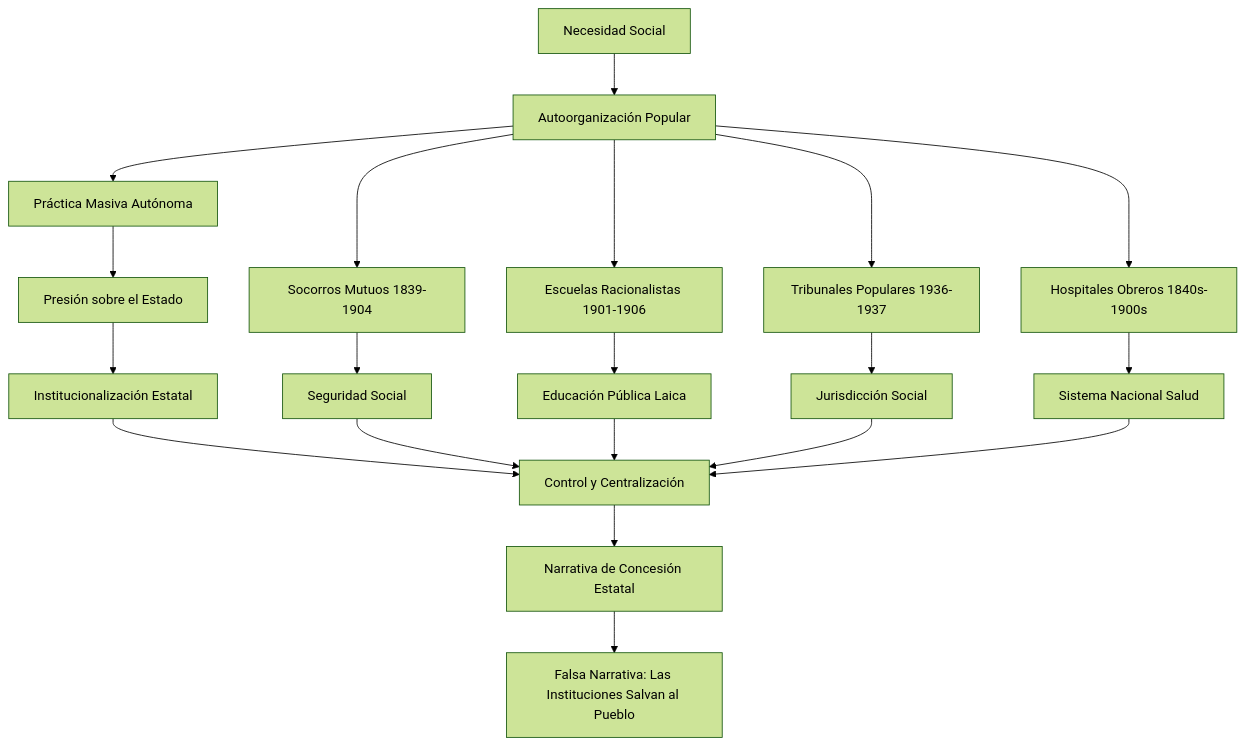
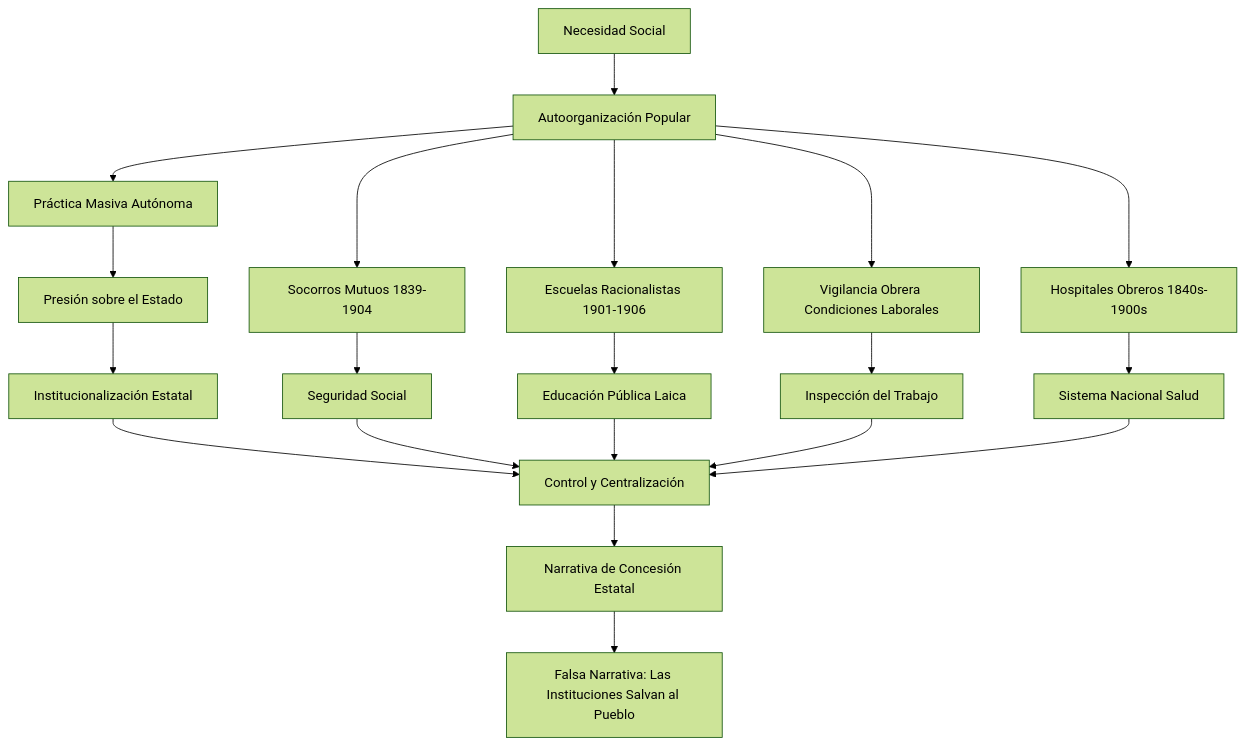
One commit to perpetuocambio/annotations changed the second of 4 diagrams in sociologia/el-poder-popular-frente-al-estado.md. Above: the diagram before and after it, drawn with Mermaid (forest theme). The commit also changed other lines of this file, not shown here.

````diff
--- a/sociologia/el-poder-popular-frente-al-estado.md
+++ b/sociologia/el-poder-popular-frente-al-estado.md
@@ -251,28 +249,28 @@
 ```mermaid
 flowchart TD
     A[Necesidad Social] --> B[Autoorganización Popular]
     B --> C[Práctica Masiva Autónoma]
     C --> D[Presión sobre el Estado]
     D --> E[Institucionalización Estatal]
     E --> F[Control y Centralización]
     F --> G[Narrativa de Concesión Estatal]
     G --> H[Falsa Narrativa: Las Instituciones Salvan al Pueblo]
     
     %% Ejemplos históricos de autoorganización
     B --> B1[Socorros Mutuos 1839-1904]
     B --> B2[Escuelas Racionalistas 1901-1906]
-    B --> B3[Tribunales Populares 1936-1937]
+    B --> B3[Vigilancia Obrera Condiciones Laborales]
     B --> B4[Hospitales Obreros 1840s-1900s]
     
     %% Conexiones específicas históricas
     B1 --> E1[Seguridad Social]
     B2 --> E2[Educación Pública Laica]  
-    B3 --> E3[Jurisdicción Social]
+    B3 --> E3[Inspección del Trabajo]
     B4 --> E4[Sistema Nacional Salud]
     
     %% Todas convergen en control estatal
     E1 --> F
     E2 --> F
     E3 --> F
     E4 --> F
 ```
````
